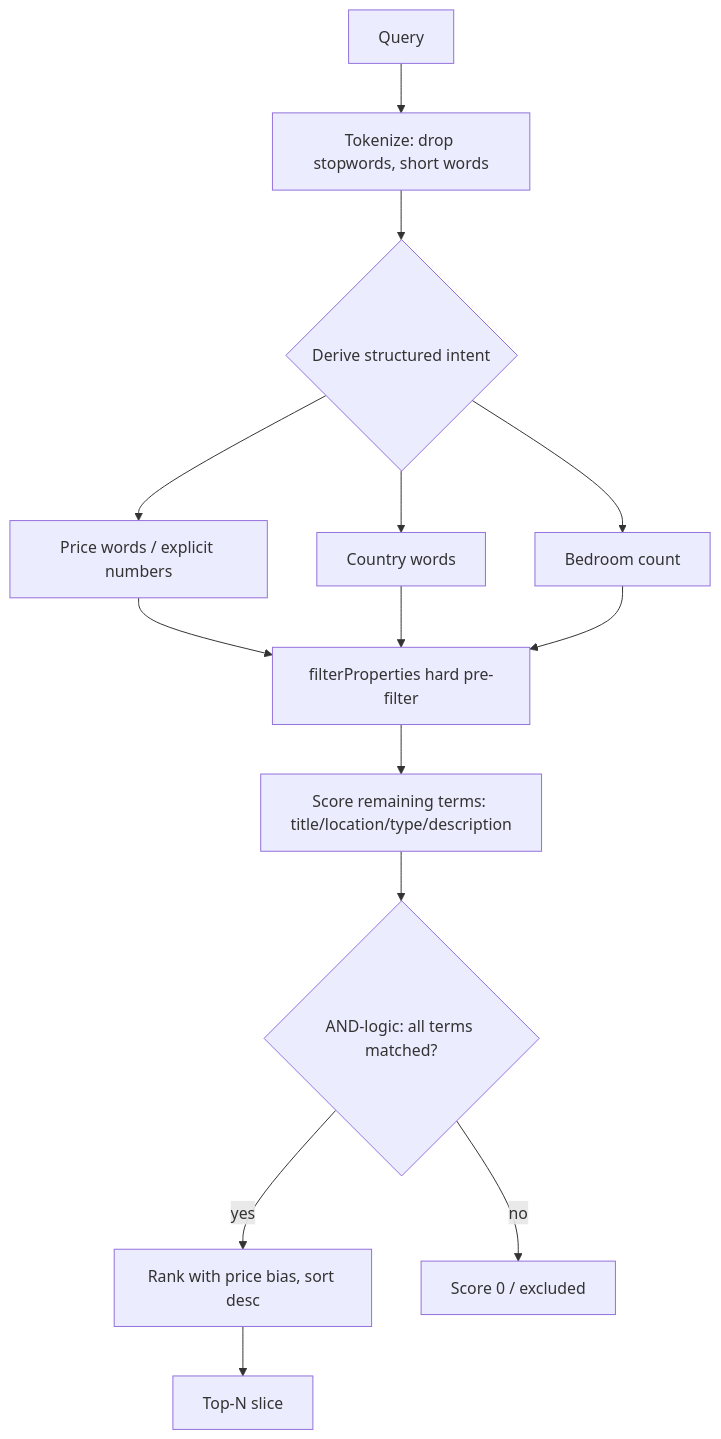
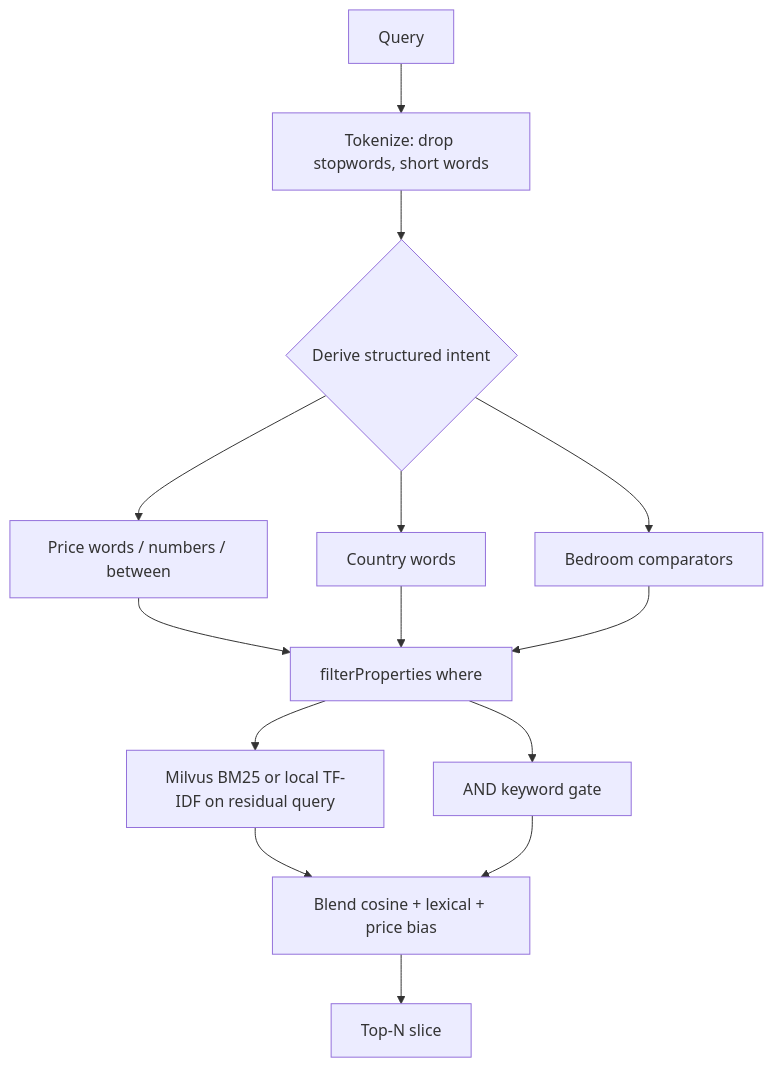
One commit to ojwiya/website-rag-search-poc changed the second of 2 diagrams in openwiki/architecture/search-and-data.md. Above: the diagram before and after it, drawn with Mermaid. The commit also changed other lines of this file and 73 other files, not shown here.

First line of the commit message:
feat: rank listings with Zilliz BM25 and tighter NL price/bed parsing

````diff
--- a/openwiki/architecture/search-and-data.md
+++ b/openwiki/architecture/search-and-data.md
@@ -117,16 +141,16 @@
 ```mermaid
 flowchart TD
     Q[Query] --> T[Tokenize: drop stopwords, short words]
     T --> I{Derive structured intent}
-    I --> P[Price words / explicit numbers]
+    I --> P[Price words / numbers / between]
     I --> C[Country words]
-    I --> B[Bedroom count]
-    P --> F[filterProperties hard pre-filter]
+    I --> B[Bedroom comparators]
+    P --> F[filterProperties where]
     C --> F
     B --> F
-    F --> S[Score remaining terms: title/location/type/description]
-    S --> A{AND-logic: all terms matched?}
-    A -- yes --> R[Rank with price bias, sort desc]
-    A -- no --> Z[Score 0 / excluded]
+    F --> V[Milvus BM25 or local TF-IDF on residual query]
+    F --> S[AND keyword gate]
+    V --> R[Blend cosine + lexical + price bias]
+    S --> R
     R --> OUT[Top-N slice]
 ```
````
